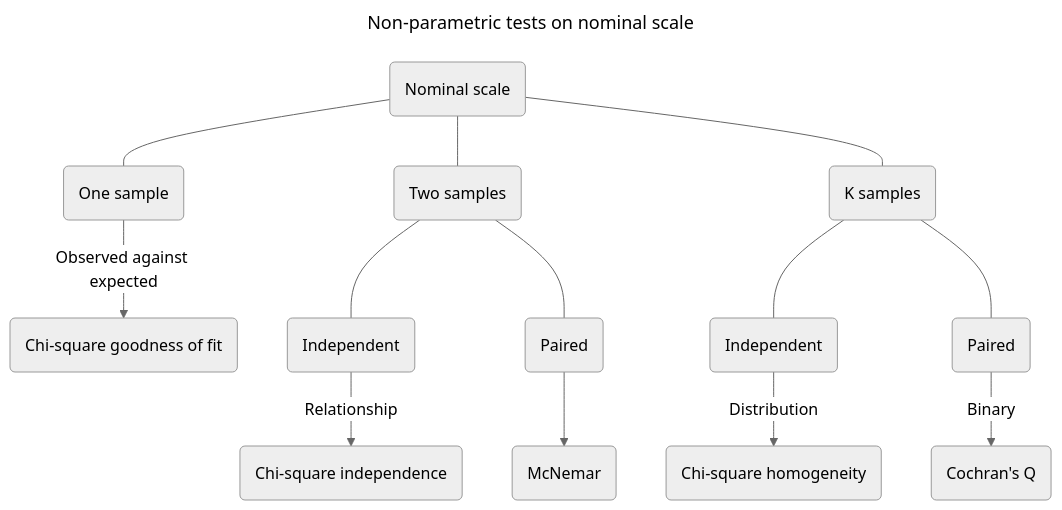
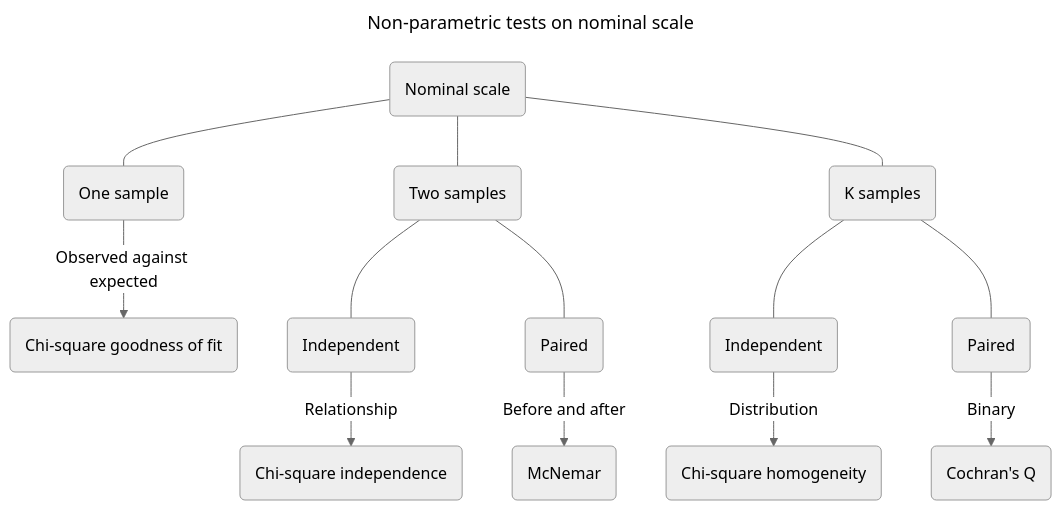
One commit to x-square/data_analytics changed the second of 3 diagrams in 24_05_maths_statistics_analytics.md. Above: the diagram before and after it, drawn with Mermaid (neutral theme).

Commit message:
2024 Notes on Maths and Practices for Analytics
This document covers key concepts in maths, statistics and practical practices used in analytics, with applications in Python. It is compiled from various resources for academic use.

````diff
--- a/24_05_maths_statistics_analytics.md
+++ b/24_05_maths_statistics_analytics.md
@@ -2115,11 +2115,11 @@
 ```mermaid
 ---
 title: Non-parametric tests on nominal scale
 ---
 graph TD
     A1(Nominal scale) --- B1(One sample) -- Observed against expected --> C1(Chi-square goodness of fit)
     A1 --- B2(Two samples) --- C2(Independent) -- Relationship --> D1(Chi-square independence)
-    B2 --- C3(Paired)--> D2(McNemar) 
-    A1 --- B3(K samples) --- C4(Independent) --  Distribution --> D3(Chi-square homogeneity)
+    B2 --- C3(Paired) -- Before and after --> D2(McNemar) 
+    A1 --- B3(K samples) --- C4(Independent) -- Distribution --> D3(Chi-square homogeneity)
     B3 --- C5(Paired) -- Binary --> D4(Cochran's Q)
 ```
````
